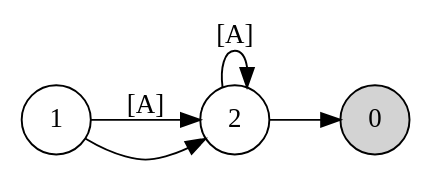
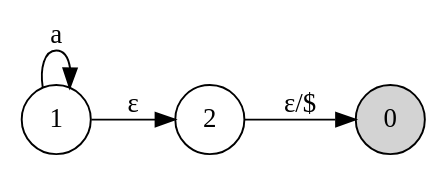
The diagram in doc/dot/classstar.dot (rdentato/yrx), drawn with Graphviz before and after one commit. The commit also changed 8 other files, not shown here.

```diff
--- a/doc/dot/classstar.dot
+++ b/doc/dot/classstar.dot
@@ -1,9 +1,8 @@
 digraph finite_state_machine {
         rankdir=LR;
         node [shape = circle];
         0 [  style= filled, label = "0"] ;
-        1 -> 2 [ label = "[A]" ] ;
-        1 -> 2 [ label = " " ] ;
-        2 -> 2 [ label = "[A]" ] ;
-        2 -> 0 [ label = "" ] ;
+        1 -> 1 [ label = "a" ] ;
+        1 -> 2 [ label = "&epsilon;" ] ;
+        2 -> 0 [ label = "&epsilon;/$" ] ;
 }
```
